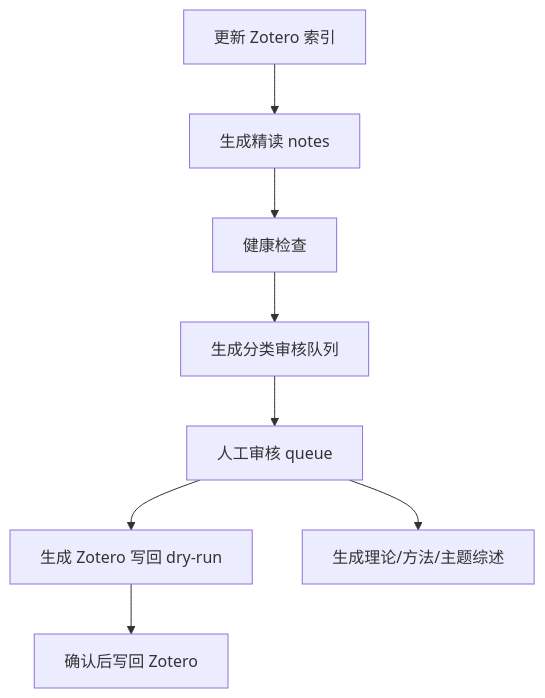
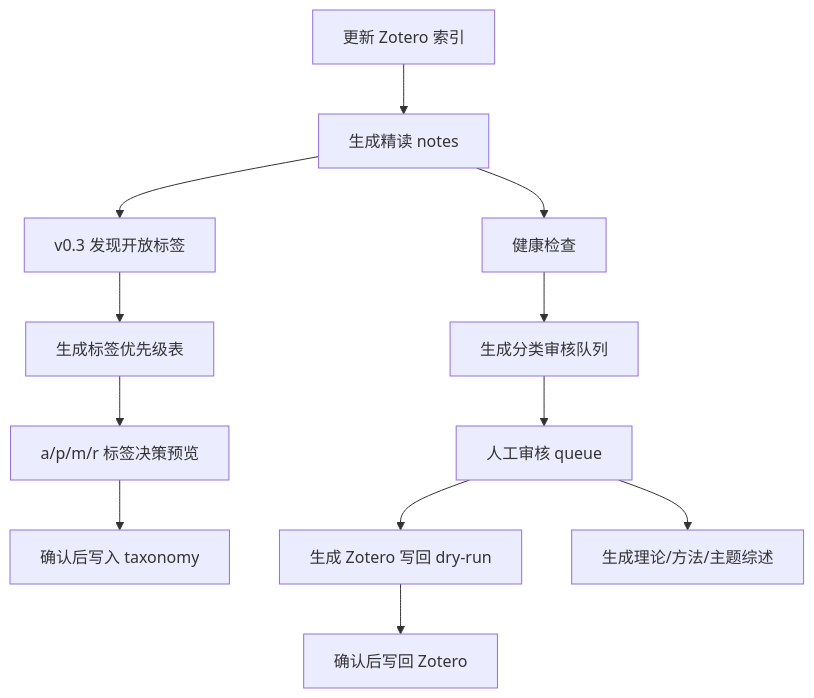
One commit to YYCCCHAOOO/MindCite changed the diagram in docs/classification-guide.md. Above: the diagram before and after it, drawn with Mermaid. The commit also changed other lines of this file and 11 other files, not shown here.

````diff
--- a/docs/classification-guide.md
+++ b/docs/classification-guide.md
@@ -105,10 +105,14 @@
 ```mermaid
 flowchart TD
   Index["更新 Zotero 索引"] --> Reading["生成精读 notes"]
   Reading --> Health["健康检查"]
   Health --> Queue["生成分类审核队列"]
   Queue --> Review["人工审核 queue"]
+  Reading --> OpenTags["v0.3 发现开放标签"]
+  OpenTags --> Priority["生成标签优先级表"]
+  Priority --> TagDecision["a/p/m/r 标签决策预览"]
+  TagDecision --> Taxonomy["确认后写入 taxonomy"]
   Review --> DryRun["生成 Zotero 写回 dry-run"]
   DryRun --> Apply["确认后写回 Zotero"]
   Review --> Synthesis["生成理论/方法/主题综述"]
 ```
````
